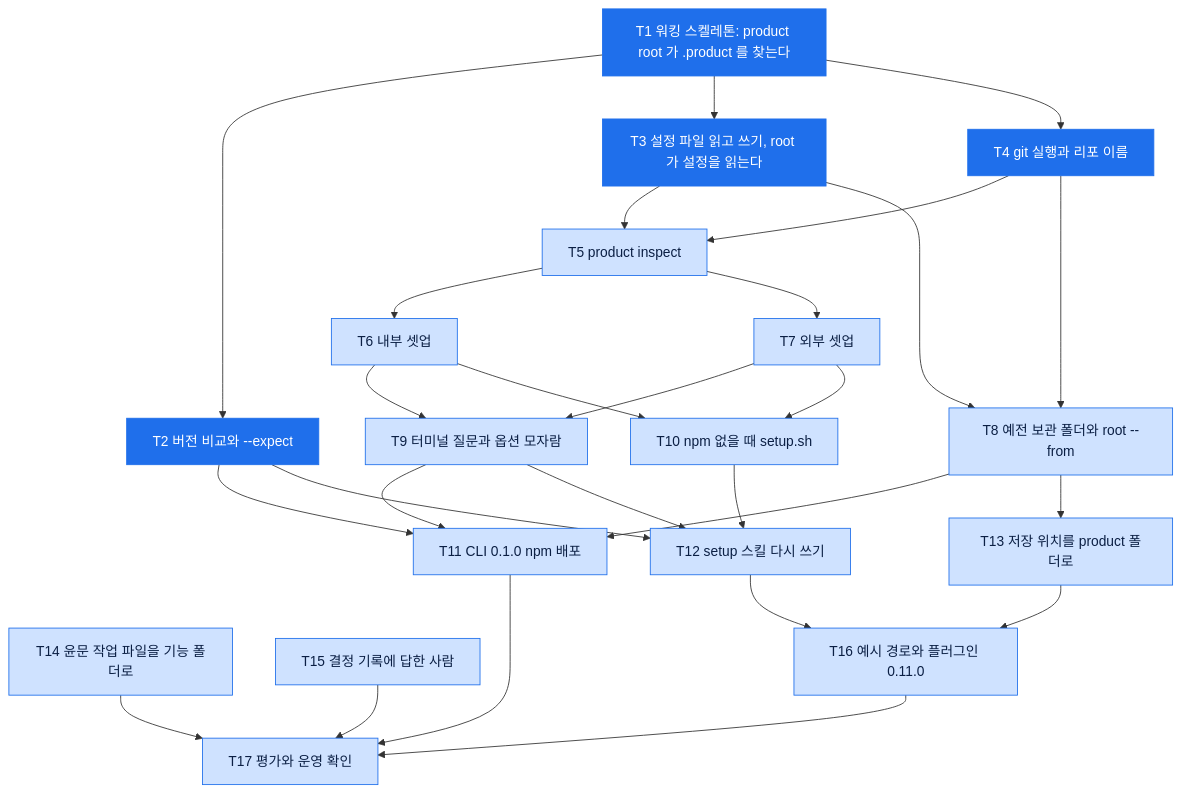
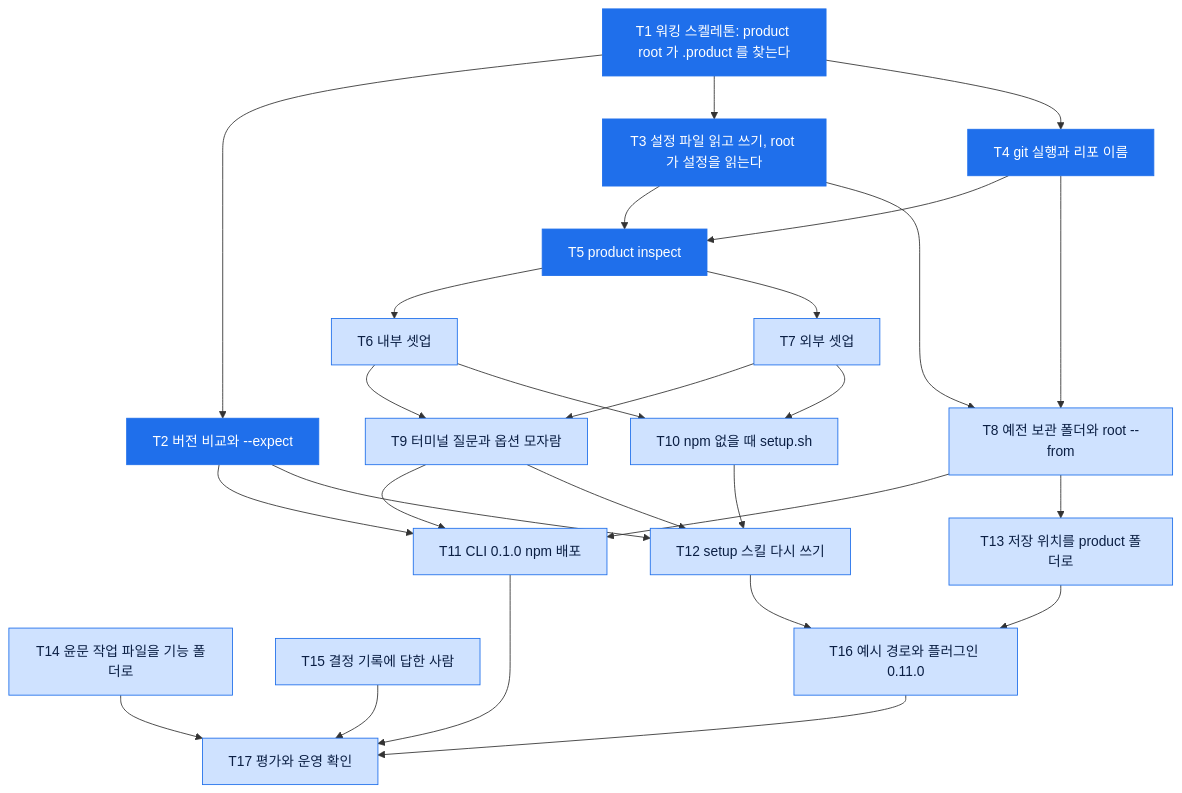
Before and after one commit to dorage/product-skills: the diagram in .product/features/261122_setup-method/tasks.md, drawn with Mermaid. The commit also changed other lines of this file and 5 other files, not shown here.

````diff
--- a/.product/features/261122_setup-method/tasks.md
+++ b/.product/features/261122_setup-method/tasks.md
@@ -7,50 +7,50 @@
 ```mermaid
 flowchart TD
     T1["T1 워킹 스켈레톤: product root 가 .product 를 찾는다"]
     T2["T2 버전 비교와 --expect"]
     T3["T3 설정 파일 읽고 쓰기, root 가 설정을 읽는다"]
     T4["T4 git 실행과 리포 이름"]
     T5["T5 product inspect"]
     T6["T6 내부 셋업"]
     T7["T7 외부 셋업"]
     T8["T8 예전 보관 폴더와 root --from"]
     T9["T9 터미널 질문과 옵션 모자람"]
     T10["T10 npm 없을 때 setup.sh"]
     T11["T11 CLI 0.1.0 npm 배포"]
     T12["T12 setup 스킬 다시 쓰기"]
     T13["T13 저장 위치를 product 폴더로"]
     T14["T14 윤문 작업 파일을 기능 폴더로"]
     T15["T15 결정 기록에 답한 사람"]
     T16["T16 예시 경로와 플러그인 0.11.0"]
     T17["T17 평가와 운영 확인"]
     T1 --> T2
     T1 --> T3
     T1 --> T4
     T3 --> T5
     T4 --> T5
     T5 --> T6
     T5 --> T7
     T3 --> T8
     T4 --> T8
     T6 --> T9
     T7 --> T9
     T6 --> T10
     T7 --> T10
     T2 --> T11
     T8 --> T11
     T9 --> T11
     T9 --> T12
     T10 --> T12
     T2 --> T12
     T8 --> T13
     T12 --> T16
     T13 --> T16
     T11 --> T17
     T14 --> T17
     T15 --> T17
     T16 --> T17
     classDef done fill:#1f6feb,stroke:#1f6feb,color:#ffffff
     classDef todo fill:#cfe2ff,stroke:#1f6feb,color:#0b1f44
-    class T1,T2,T3,T4 done
-    class T5,T6,T7,T8,T9,T10,T11,T12,T13,T14,T15,T16,T17 todo
+    class T1,T2,T3,T4,T5 done
+    class T6,T7,T8,T9,T10,T11,T12,T13,T14,T15,T16,T17 todo
 ```
````
